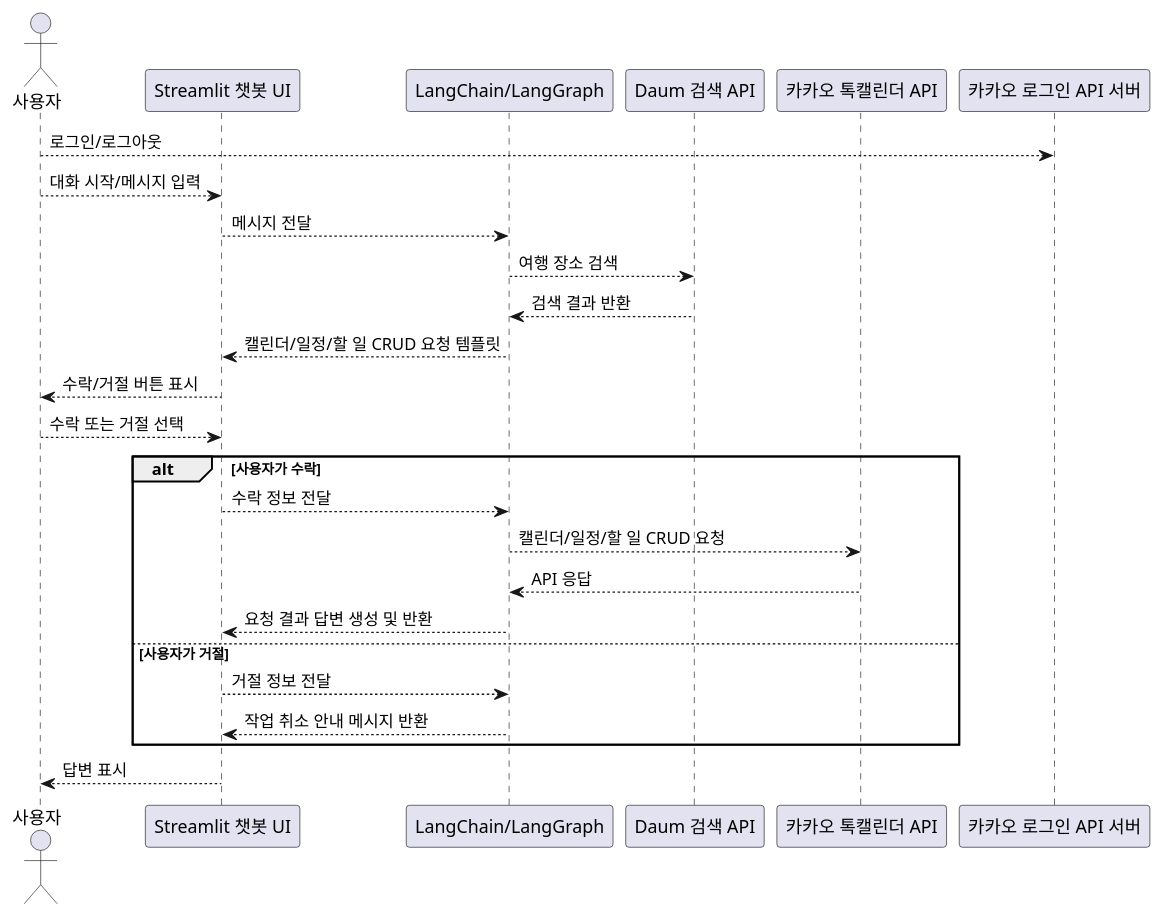
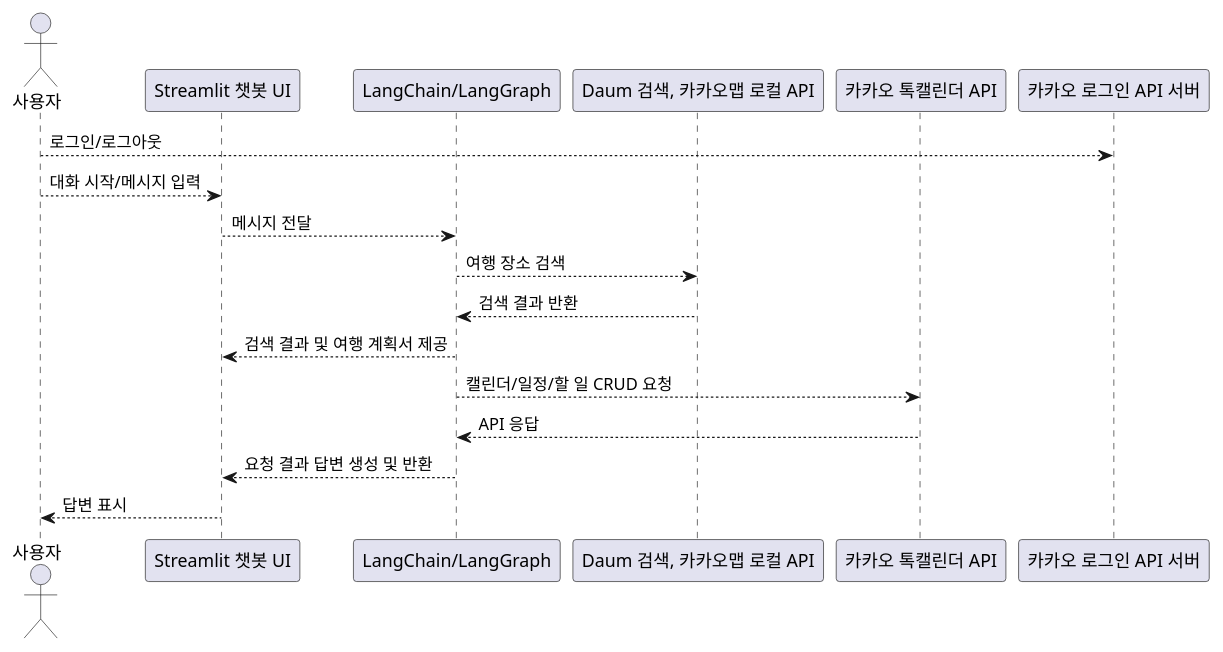
Before and after one commit to newadventureschallenge/shallwego: the diagram in docs/phase1/sequence_diagram.plantuml, drawn with PlantUML. The commit also changed 2 other files, not shown here.

```diff
--- a/docs/phase1/sequence_diagram.plantuml
+++ b/docs/phase1/sequence_diagram.plantuml
@@ -1,31 +1,22 @@
 @startuml
 actor 사용자
 
 participant "Streamlit 챗봇 UI" as UI
 participant "LangChain/LangGraph" as LG
-participant "Daum 검색 API" as Daum
+participant "Daum 검색, 카카오맵 로컬 API" as Daum
 participant "카카오 톡캘린더 API" as KakaoCal
 
 사용자 --> "카카오 로그인 API 서버" : 로그인/로그아웃
 사용자 --> UI : 대화 시작/메시지 입력
 
 UI --> LG : 메시지 전달
 LG --> Daum : 여행 장소 검색
 Daum --> LG : 검색 결과 반환
-LG --> UI : 캘린더/일정/할 일 CRUD 요청 템플릿
+LG --> UI : 검색 결과 및 여행 계획서 제공
 
-UI --> 사용자 : 수락/거절 버튼 표시
-사용자 --> UI : 수락 또는 거절 선택
-
-alt 사용자가 수락
-  UI --> LG : 수락 정보 전달
-  LG --> KakaoCal : 캘린더/일정/할 일 CRUD 요청
-  KakaoCal --> LG : API 응답
-  LG --> UI : 요청 결과 답변 생성 및 반환
-else 사용자가 거절
-  UI --> LG : 거절 정보 전달
-  LG --> UI : 작업 취소 안내 메시지 반환
-end
+LG --> KakaoCal : 캘린더/일정/할 일 CRUD 요청
+KakaoCal --> LG : API 응답
+LG --> UI : 요청 결과 답변 생성 및 반환
 
 UI --> 사용자 : 답변 표시
 @enduml
```
